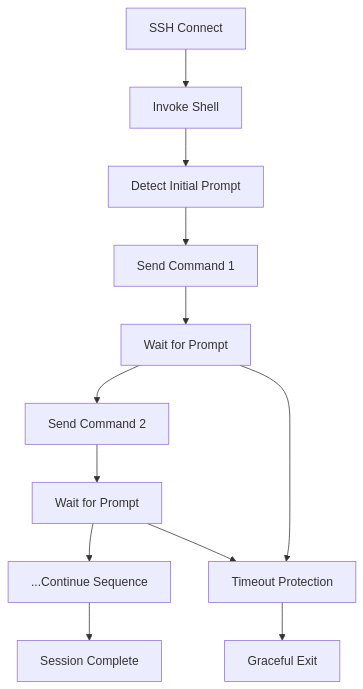
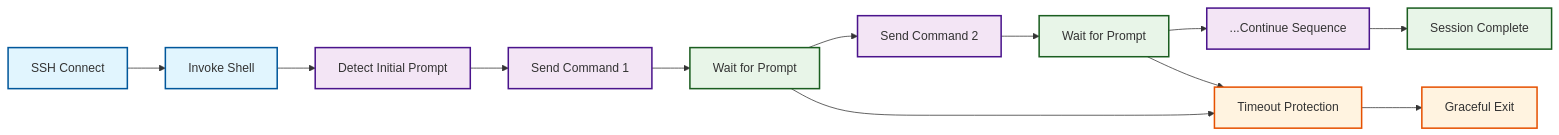
Before and after one commit to scottpeterman/sshwontdie: the first of 2 diagrams in README.md, drawn with Mermaid. The commit also changed 2 other files, not shown here.

````diff
--- a/README.md
+++ b/README.md
@@ -127,15 +127,25 @@
 ```mermaid
-graph TD
+graph LR
     A[SSH Connect] --> B[Invoke Shell]
     B --> C[Detect Initial Prompt]
     C --> D[Send Command 1]
     D --> E[Wait for Prompt]
     E --> F[Send Command 2] 
     F --> G[Wait for Prompt]
     G --> H[...Continue Sequence]
     H --> I[Session Complete]
     
     E --> J[Timeout Protection]
     G --> J
     J --> K[Graceful Exit]
+    
+    classDef connect fill:#e1f5fe,stroke:#01579b,stroke-width:2px
+    classDef command fill:#f3e5f5,stroke:#4a148c,stroke-width:2px
+    classDef sync fill:#e8f5e8,stroke:#1b5e20,stroke-width:2px
+    classDef safety fill:#fff3e0,stroke:#e65100,stroke-width:2px
+    
+    class A,B connect
+    class C,D,F,H command
+    class E,G,I sync
+    class J,K safety
 ```
````
